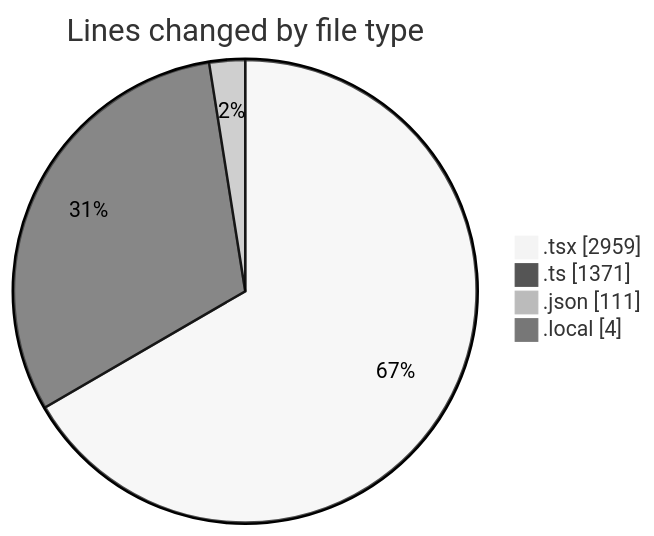
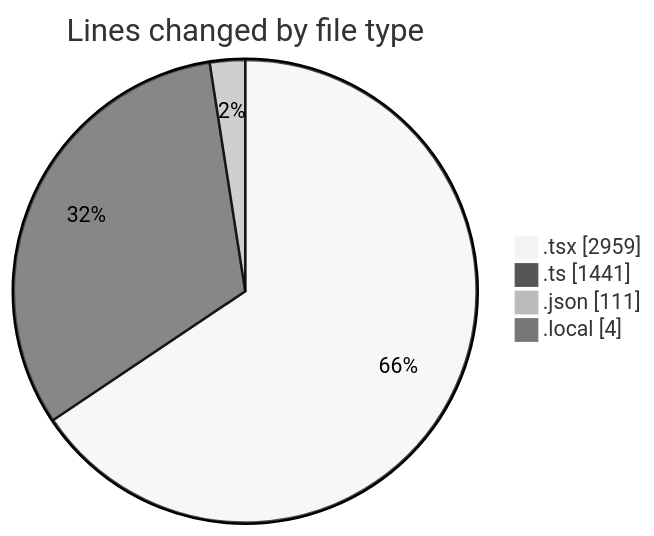
One commit to julien-gomy/code-tracking changed the first of 2 diagrams in 2025-11-08/eventscop-frontend-guide__workspace_/README.md. Above: the diagram before and after it, drawn with Mermaid (neutral theme). The commit also changed other lines of this file and 1 other file, not shown here.

````diff
--- a/2025-11-08/eventscop-frontend-guide__workspace_/README.md
+++ b/2025-11-08/eventscop-frontend-guide__workspace_/README.md
@@ -60,8 +61,8 @@
 ```mermaid
 pie showData
 title Lines changed by file type
 ".tsx" : 2959
-".ts" : 1371
+".ts" : 1441
 ".json" : 111
 ".local" : 4
 ```
````
